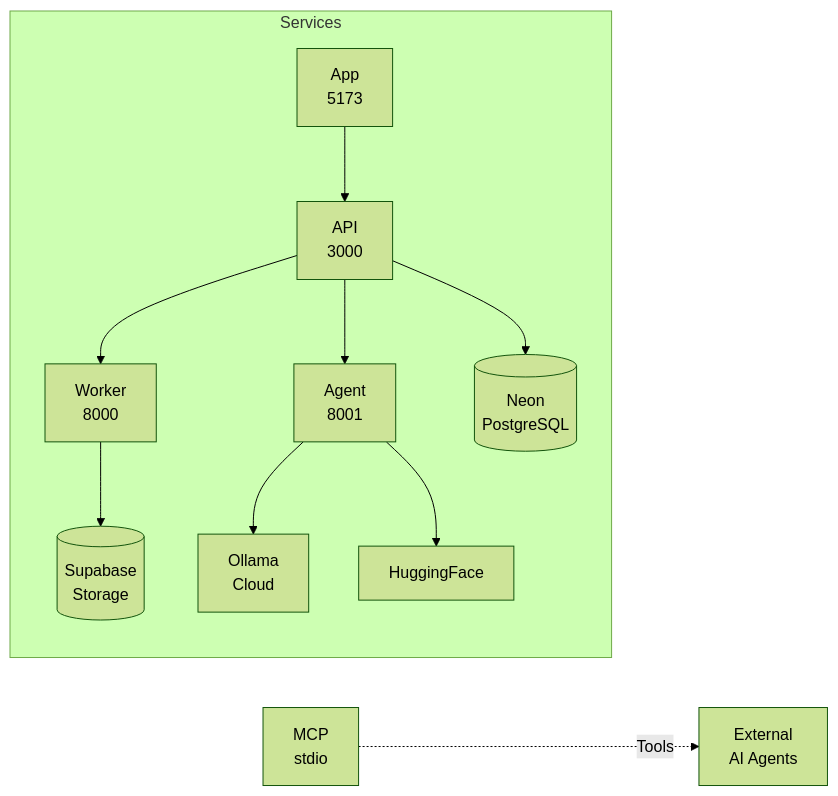
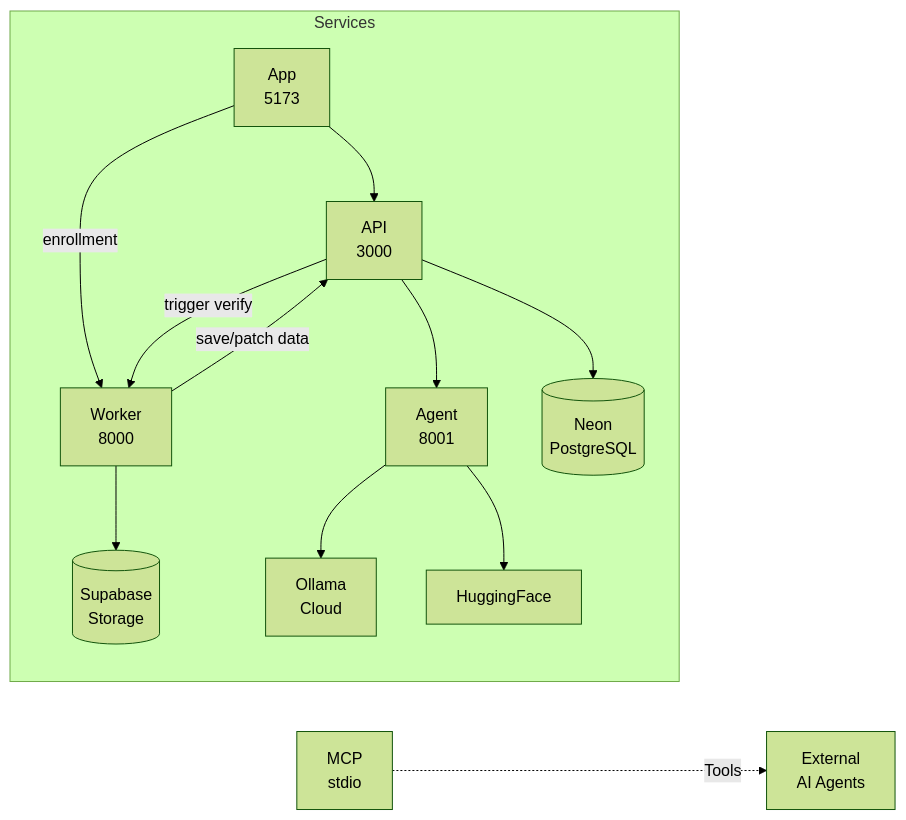
One commit to decimozs/medcurial-ai changed the second of 5 diagrams in docs/architecture-overview.md. Above: the diagram before and after it, drawn with Mermaid (forest theme). The commit also changed other lines of this file and 1 other file, not shown here.

First line of the commit message:
docs(architecture): update architecture docs with signature verification flow

````diff
--- a/docs/architecture-overview.md
+++ b/docs/architecture-overview.md
@@ -61,15 +61,17 @@
 ```mermaid
 flowchart LR
     subgraph Services
         direction TB
         App[App<br/>5173] --> API[API<br/>3000]
-        API --> Worker[Worker<br/>8000]
+        App -->|"enrollment"| Worker[Worker<br/>8000]
+        API -->|"trigger verify"| Worker
+        Worker -->|"save/patch data"| API
         API --> Agent[Agent<br/>8001]
         API --> Neon_DB[(Neon<br/>PostgreSQL)]
         Worker --> Supabase[(Supabase<br/>Storage)]
         Agent --> Ollama[Ollama<br/>Cloud]
         Agent --> HF[HuggingFace]
     end
 
     MCP[MCP<br/>stdio] -.->|"Tools"| External[External<br/>AI Agents]
 ```
````
